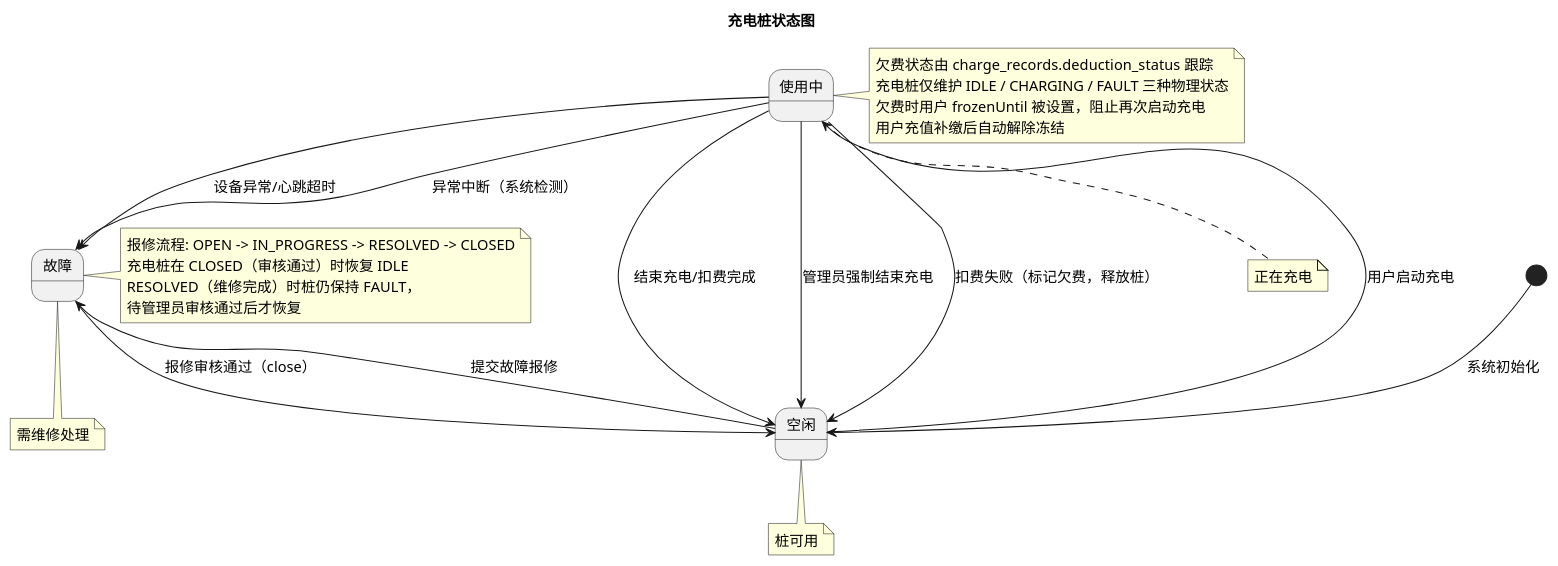
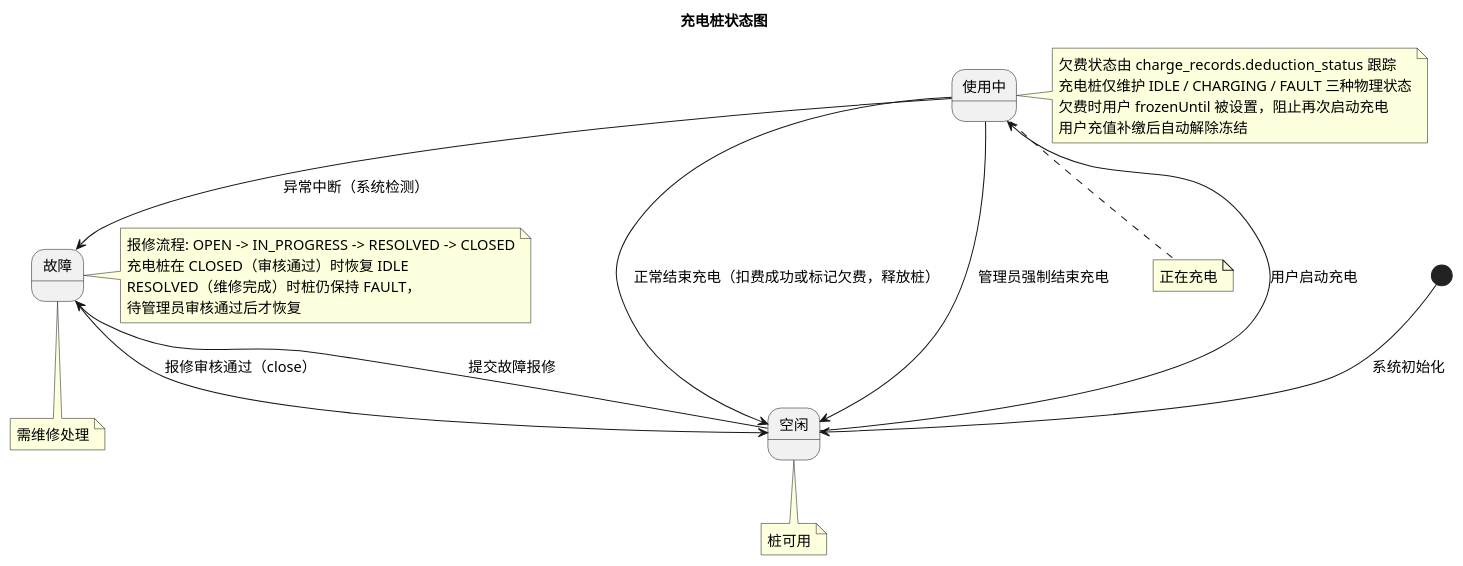
Before and after one commit to greenhandzdl/charging-station-doc: the diagram in status/src/state_charger.puml, drawn with PlantUML. The commit also changed 15 other files, not shown here.

First line of the commit message:
fix: 第19轮评估修复 — 跨图一致性全面补全（3 CRITICAL + 2 MAJOR + 8 MINOR + 12 INFO）

```diff
--- a/status/src/state_charger.puml
+++ b/status/src/state_charger.puml
@@ -1,27 +1,25 @@
 @startuml
 skinparam defaultFontName "Noto Sans CJK SC"
 skinparam defaultFontSize 14
 title 充电桩状态图
 
 state "空闲" as IDLE
 state "使用中" as CHARGING
 state "故障" as FAULT
 
 [*] --> IDLE : 系统初始化
 IDLE --> CHARGING : 用户启动充电
-CHARGING --> IDLE : 结束充电/扣费完成
+CHARGING --> IDLE : 正常结束充电（扣费成功或标记欠费，释放桩）
 CHARGING --> IDLE : 管理员强制结束充电
-CHARGING --> FAULT : 设备异常/心跳超时
 CHARGING --> FAULT : 异常中断（系统检测）
-  CHARGING --> IDLE : 扣费失败（标记欠费，释放桩）
 IDLE --> FAULT : 提交故障报修
 FAULT --> IDLE : 报修审核通过（close）
 
 note bottom of IDLE : 桩可用
 note bottom of CHARGING : 正在充电
 note bottom of FAULT : 需维修处理
 
 note right of CHARGING : 欠费状态由 charge_records.deduction_status 跟踪\n充电桩仅维护 IDLE / CHARGING / FAULT 三种物理状态\n欠费时用户 frozenUntil 被设置，阻止再次启动充电\n用户充值补缴后自动解除冻结
 
 note right of FAULT : 报修流程: OPEN -> IN_PROGRESS -> RESOLVED -> CLOSED\n充电桩在 CLOSED（审核通过）时恢复 IDLE\nRESOLVED（维修完成）时桩仍保持 FAULT，\n待管理员审核通过后才恢复
 @enduml
```
